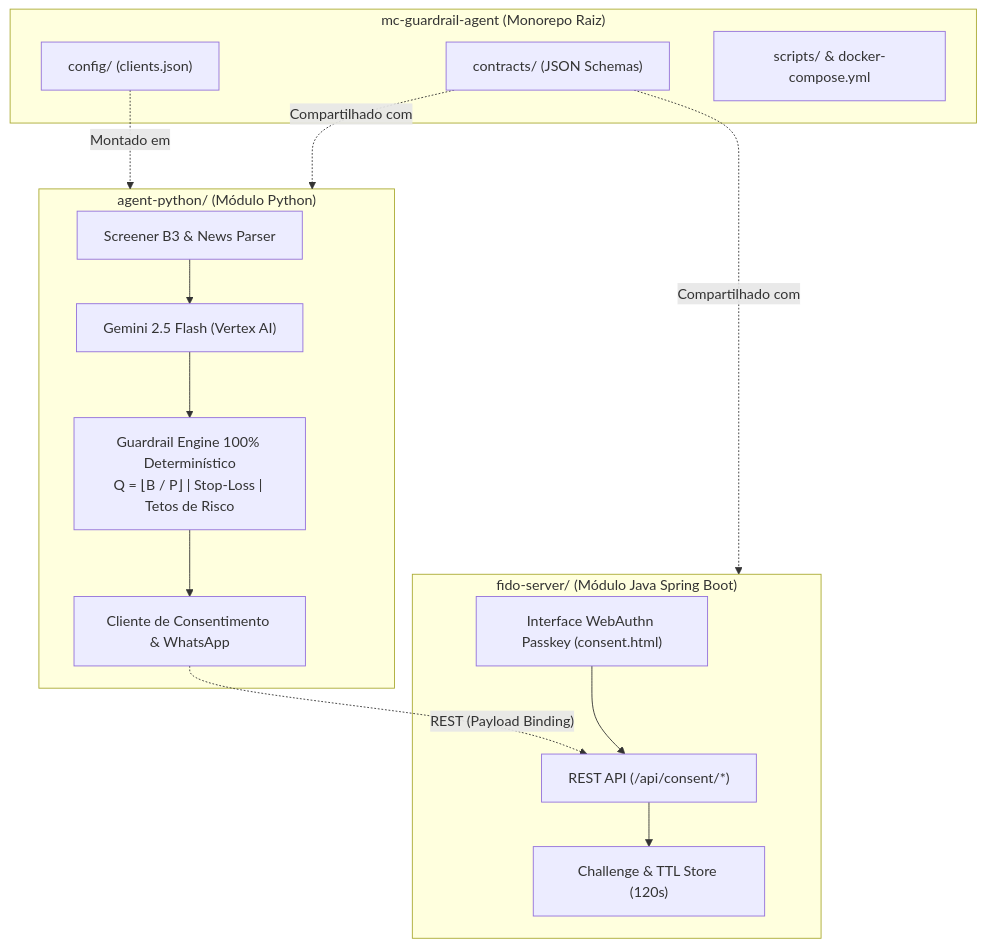
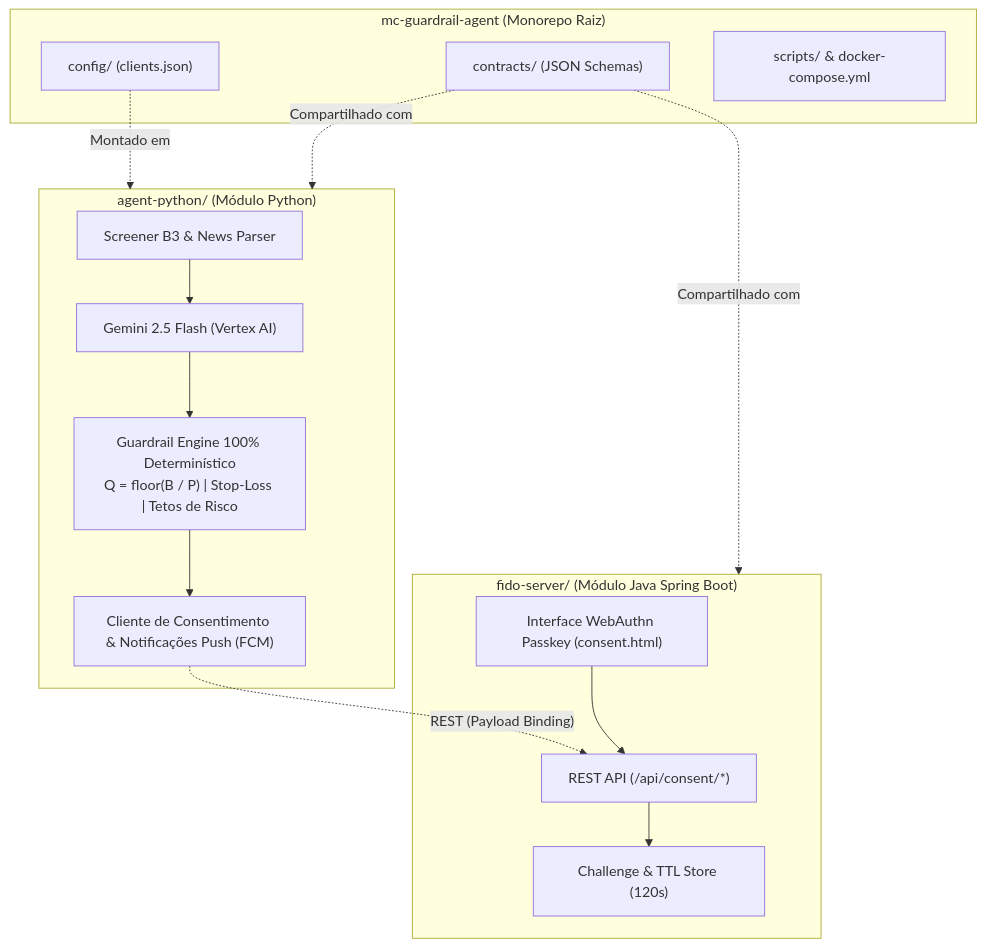
Before and after one commit to vmuro/mc-guardrail-agent: the diagram in docs/ARCHITECTURE.md, drawn with Mermaid. The commit also changed 76 other files, not shown here.

````diff
--- a/docs/ARCHITECTURE.md
+++ b/docs/ARCHITECTURE.md
@@ -9,31 +9,31 @@
 ```mermaid
 graph TD
     subgraph Root ["mc-guardrail-agent (Monorepo Raiz)"]
         SharedConfig["config/ (clients.json)"]
         SharedContracts["contracts/ (JSON Schemas)"]
         SharedScripts["scripts/ & docker-compose.yml"]
     end
 
     subgraph AgentPython ["agent-python/ (Módulo Python)"]
         Screener["Screener B3 & News Parser"]
         Gemini["Gemini 2.5 Flash (Vertex AI)"]
-        GuardrailEngine["Guardrail Engine 100% Determinístico<br/>Q = ⌊B / P⌋ | Stop-Loss | Tetos de Risco"]
-        ConsentClient["Cliente de Consentimento & WhatsApp"]
+        GuardrailEngine["Guardrail Engine 100% Determinístico<br/>Q = floor(B / P) | Stop-Loss | Tetos de Risco"]
+        ConsentClient["Cliente de Consentimento & Notificações Push (FCM)"]
     end
 
     subgraph FidoServer ["fido-server/ (Módulo Java Spring Boot)"]
         FidoAPI["REST API (/api/consent/*)"]
         ChallengeStore["Challenge & TTL Store (120s)"]
         WebAuthnUI["Interface WebAuthn Passkey (consent.html)"]
     end
 
     Screener --> Gemini
     Gemini --> GuardrailEngine
     GuardrailEngine --> ConsentClient
     ConsentClient -. REST (Payload Binding) .-> FidoAPI
     FidoAPI --> ChallengeStore
     WebAuthnUI --> FidoAPI
     SharedConfig -. Montado em .-> AgentPython
     SharedContracts -. Compartilhado com .-> AgentPython
     SharedContracts -. Compartilhado com .-> FidoServer
 ```
````
